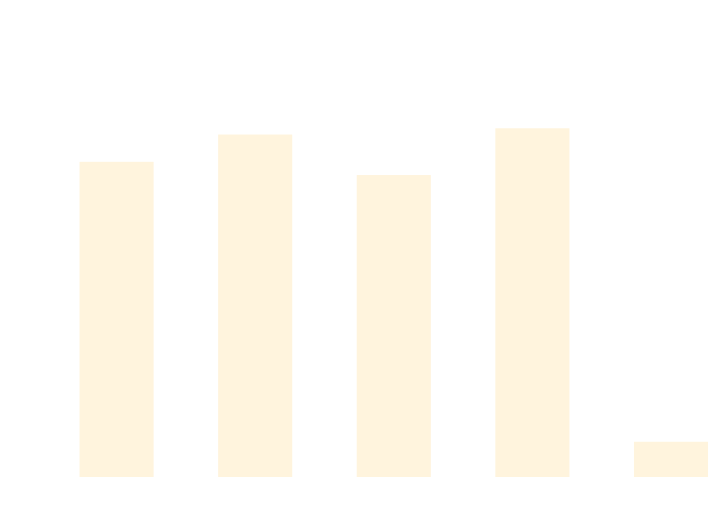
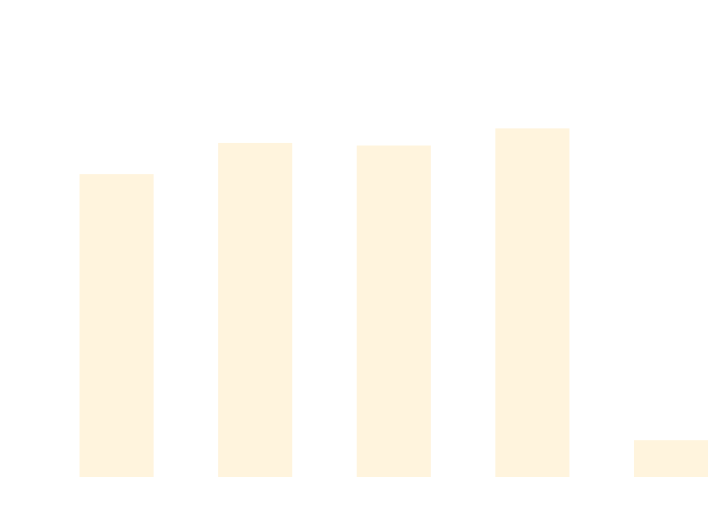
The diagram in docs/docs/benchmarks/ScaleTests.md (thomhurst/TUnit), drawn with Mermaid before and after one commit. The commit also changed other lines of this file and 17 other files, not shown here.

````diff
--- a/docs/docs/benchmarks/ScaleTests.md
+++ b/docs/docs/benchmarks/ScaleTests.md
@@ -27,37 +27,37 @@
 ```mermaid
 %%{init: {
   'theme':'base',
   'themeVariables': {
     'primaryColor': '#2563eb',
     'primaryTextColor': '#ffffff',
     'primaryBorderColor': '#1e40af',
     'lineColor': '#6b7280',
     'secondaryColor': '#7c3aed',
     'tertiaryColor': '#dc2626',
     'background': '#ffffff',
     'mainBkg': '#2563eb',
     'secondBkg': '#7c3aed',
     'tertiaryBkg': '#dc2626',
     'clusterBkg': '#f3f4f6',
     'edgeLabelBackground': '#ffffff',
     'tertiaryTextColor': '#1f2937',
     'pie1': '#2563eb',
     'pie2': '#7c3aed',
     'pie3': '#dc2626',
     'pie4': '#f59e0b',
     'pie5': '#10b981',
     'pie6': '#06b6d4',
     'pie7': '#ec4899',
     'pie8': '#6366f1',
     'pie9': '#84cc16',
     'pie10': '#f97316',
     'pie11': '#14b8a6',
     'pie12': '#a855f7'
   }
 }}%%
 xychart-beta
   title "ScaleTests Performance Comparison"
   x-axis ["TUnit", "NUnit", "MSTest", "xUnit3", "TUnit_AOT"]
-  y-axis "Time (ms)" 0 --> 692
-  bar [519.71, 565.9, 497.34, 576.49, 46.08]
+  y-axis "Time (ms)" 0 --> 677
+  bar [488.07, 539.71, 535.47, 563.81, 47.69]
 ```
````
